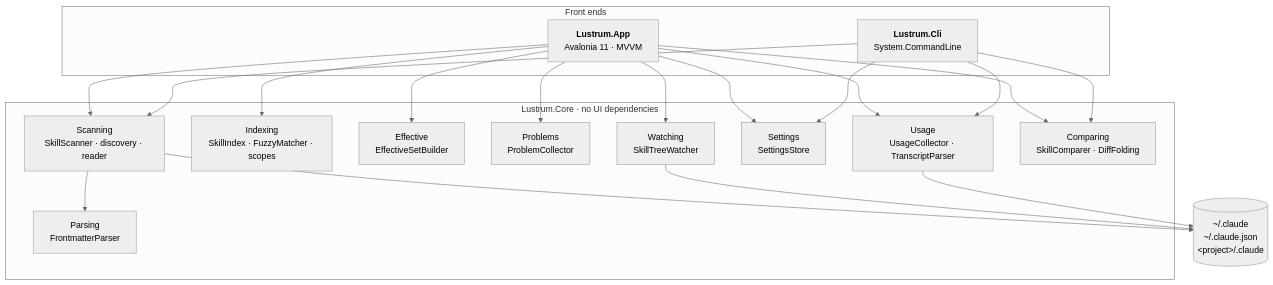
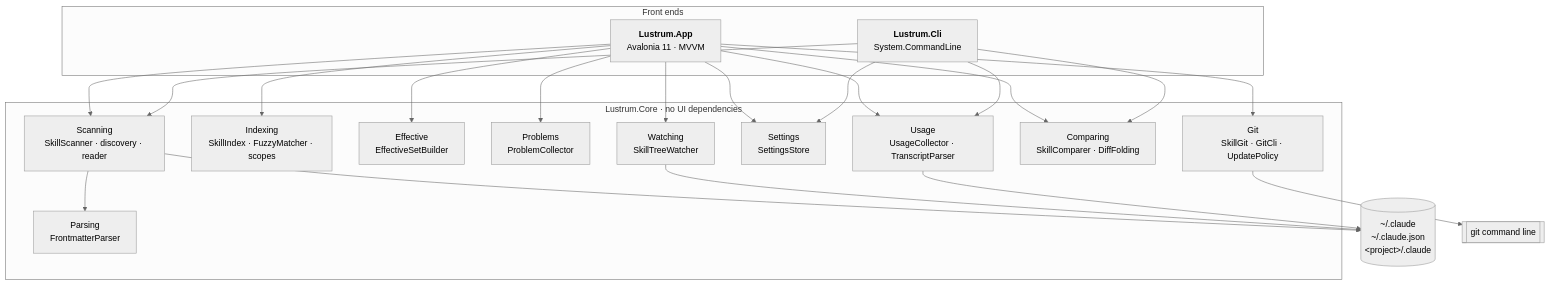
One commit to sburdenko/lustrum changed the first of 2 diagrams in README.md. Above: the diagram before and after it, drawn with Mermaid (neutral theme). The commit also changed other lines of this file and 65 other files, not shown here.

````diff
--- a/README.md
+++ b/README.md
@@ -158,28 +166,31 @@
 ```mermaid
 flowchart TB
     subgraph front["Front ends"]
         app["<b>Lustrum.App</b><br/>Avalonia 11 · MVVM"]
         cli["<b>Lustrum.Cli</b><br/>System.CommandLine"]
     end
 
     subgraph core["Lustrum.Core · no UI dependencies"]
         scanner["Scanning<br/>SkillScanner · discovery · reader"]
         parser["Parsing<br/>FrontmatterParser"]
         index["Indexing<br/>SkillIndex · FuzzyMatcher · scopes"]
         effective["Effective<br/>EffectiveSetBuilder"]
         problems["Problems<br/>ProblemCollector"]
         watching["Watching<br/>SkillTreeWatcher"]
         settings["Settings<br/>SettingsStore"]
         usage["Usage<br/>UsageCollector · TranscriptParser"]
         comparing["Comparing<br/>SkillComparer · DiffFolding"]
+        git["Git<br/>SkillGit · GitCli · UpdatePolicy"]
     end
 
     disk[("~/.claude<br/>~/.claude.json<br/>&lt;project&gt;/.claude")]
+    gitcli[["git command line"]]
 
-    app --> scanner & index & effective & problems & watching & settings & usage & comparing
+    app --> scanner & index & effective & problems & watching & settings & usage & comparing & git
     cli --> scanner & settings & usage & comparing
     scanner --> parser
     scanner --> disk
     watching --> disk
     usage --> disk
+    git --> gitcli
 ```
````
